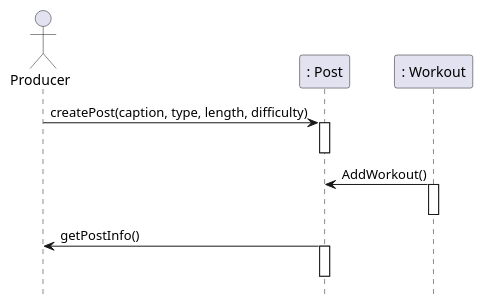
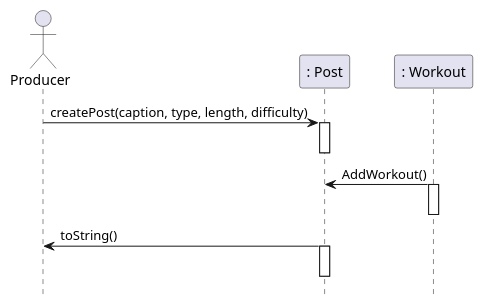
The second of 5 diagrams in doc/design.md (arun-guruswamy/workout-networking), drawn with PlantUML before and after one commit. The commit also changed other lines of this file and 9 other files, not shown here.

````diff
--- a/doc/design.md
+++ b/doc/design.md
@@ -50,18 +50,18 @@
 ```plantuml
 @startuml
 hide footbox
 actor Producer as producer
 participant ": Post" as Post
 participant ": Workout" as workout
 
 producer -> Post : createPost(caption, type, length, difficulty)
 activate Post
 deactivate Post
 workout -> Post : AddWorkout()
 activate workout
 deactivate workout
-producer <- Post : getPostInfo()
+producer <- Post : toString()
 activate Post
 deactivate Post
 @enduml
 ```
````
